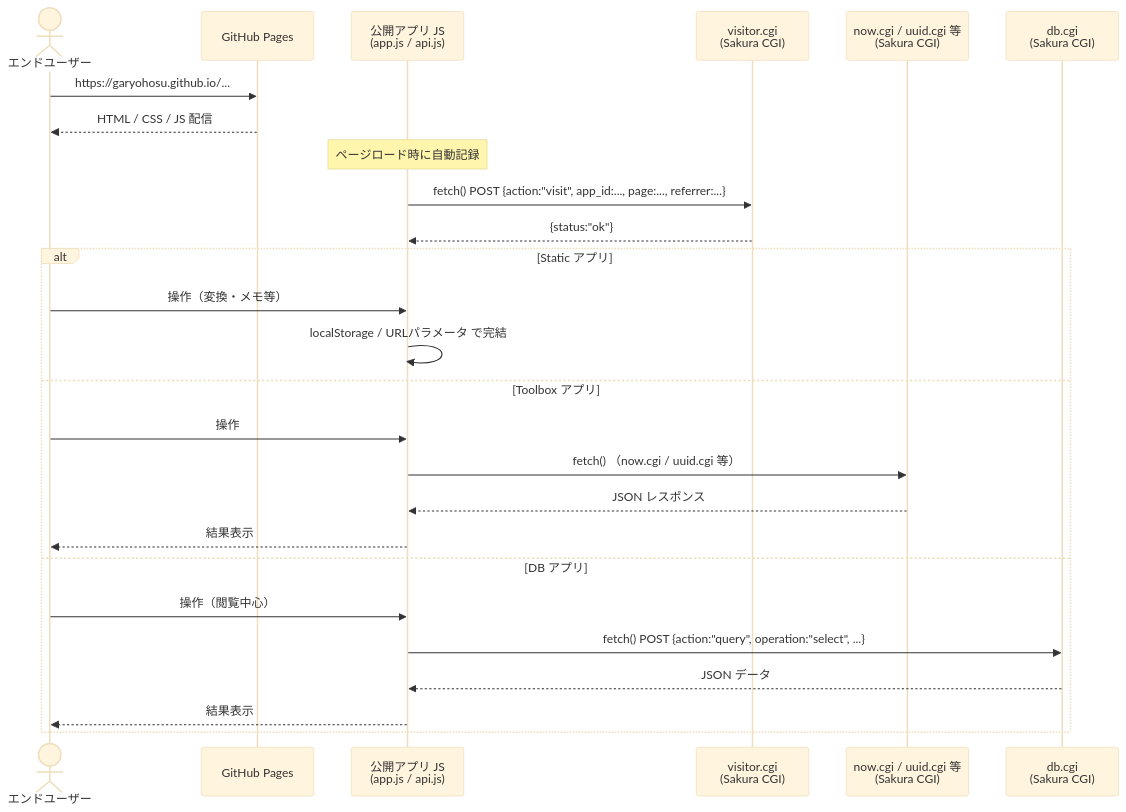
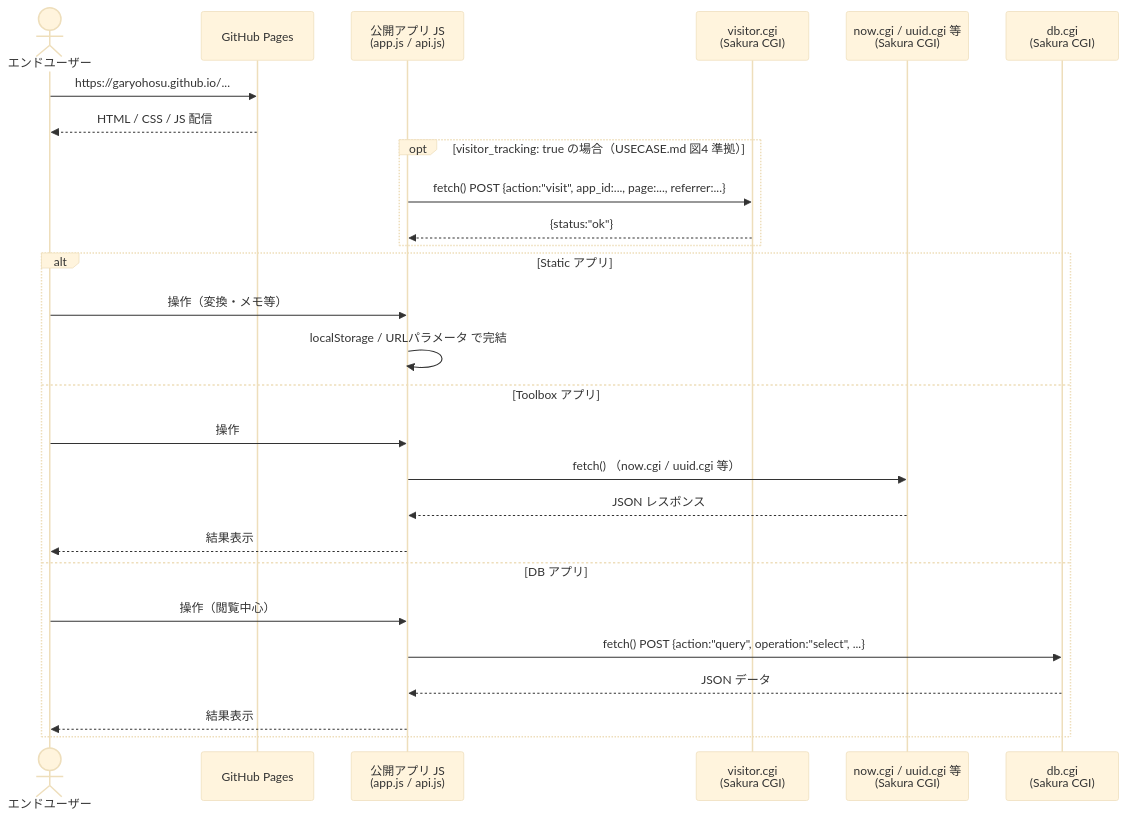
Diagram 11 of 12 in SEQUENCE.md (garyohosu/openclaw-app-company), drawn with Mermaid (base theme) before and after one commit. The commit also changed other lines of this file, not shown here.

First line of the commit message:
Fix SEQUENCE.md to align with USECASE.md (v0.7)

````diff
--- a/SEQUENCE.md
+++ b/SEQUENCE.md
@@ -375,31 +398,32 @@
 ```mermaid
 sequenceDiagram
     actor エンドユーザー
     participant ghp as GitHub Pages
     participant app as 公開アプリ JS<br>(app.js / api.js)
     participant visitor as visitor.cgi<br>(Sakura CGI)
     participant toolbox as now.cgi / uuid.cgi 等<br>(Sakura CGI)
     participant dbcgi as db.cgi<br>(Sakura CGI)
 
     エンドユーザー ->> ghp: https://garyohosu.github.io/...
     ghp -->> エンドユーザー: HTML / CSS / JS 配信
 
-    Note over app: ページロード時に自動記録
-    app ->> visitor: fetch() POST {action:"visit", app_id:..., page:..., referrer:...}
-    visitor -->> app: {status:"ok"}
+    opt visitor_tracking: true の場合（USECASE.md 図4 準拠）
+        app ->> visitor: fetch() POST {action:"visit", app_id:..., page:..., referrer:...}
+        visitor -->> app: {status:"ok"}
+    end
 
     alt Static アプリ
         エンドユーザー ->> app: 操作（変換・メモ等）
         app ->> app: localStorage / URLパラメータ で完結
     else Toolbox アプリ
         エンドユーザー ->> app: 操作
         app ->> toolbox: fetch() （now.cgi / uuid.cgi 等）
         toolbox -->> app: JSON レスポンス
         app -->> エンドユーザー: 結果表示
     else DB アプリ
         エンドユーザー ->> app: 操作（閲覧中心）
         app ->> dbcgi: fetch() POST {action:"query", operation:"select", ...}
         dbcgi -->> app: JSON データ
         app -->> エンドユーザー: 結果表示
     end
 ```
````
